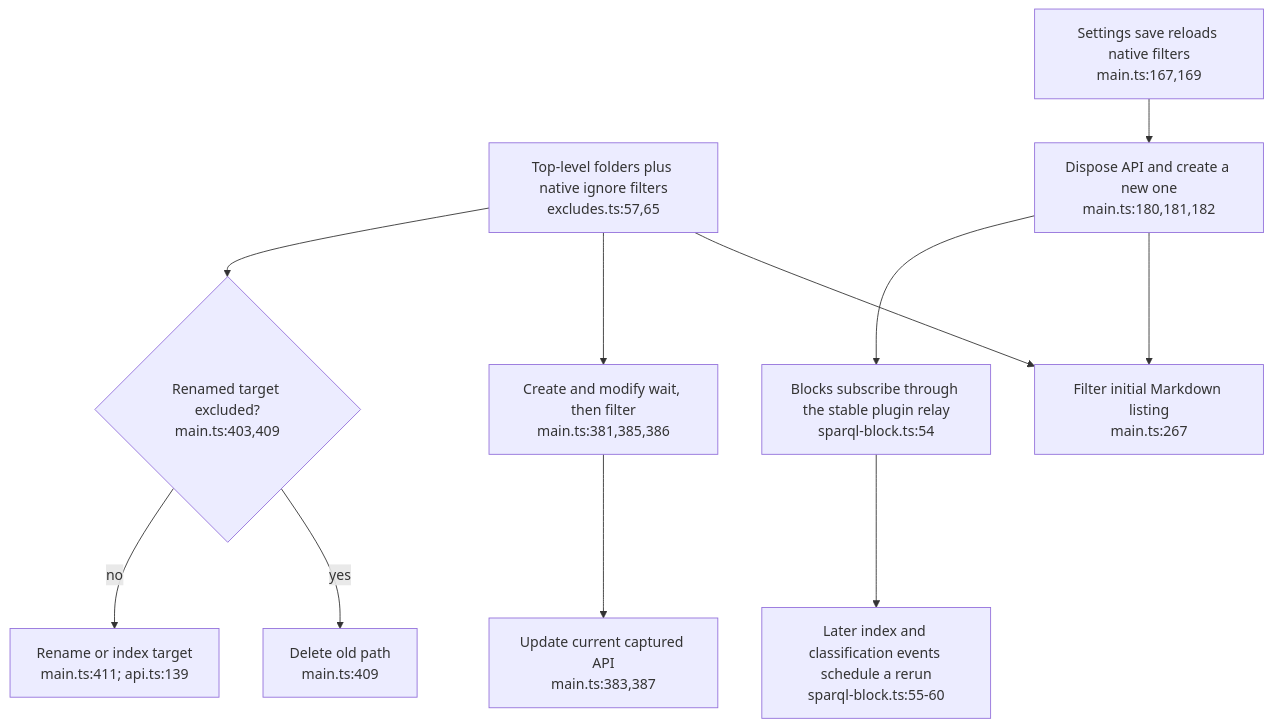
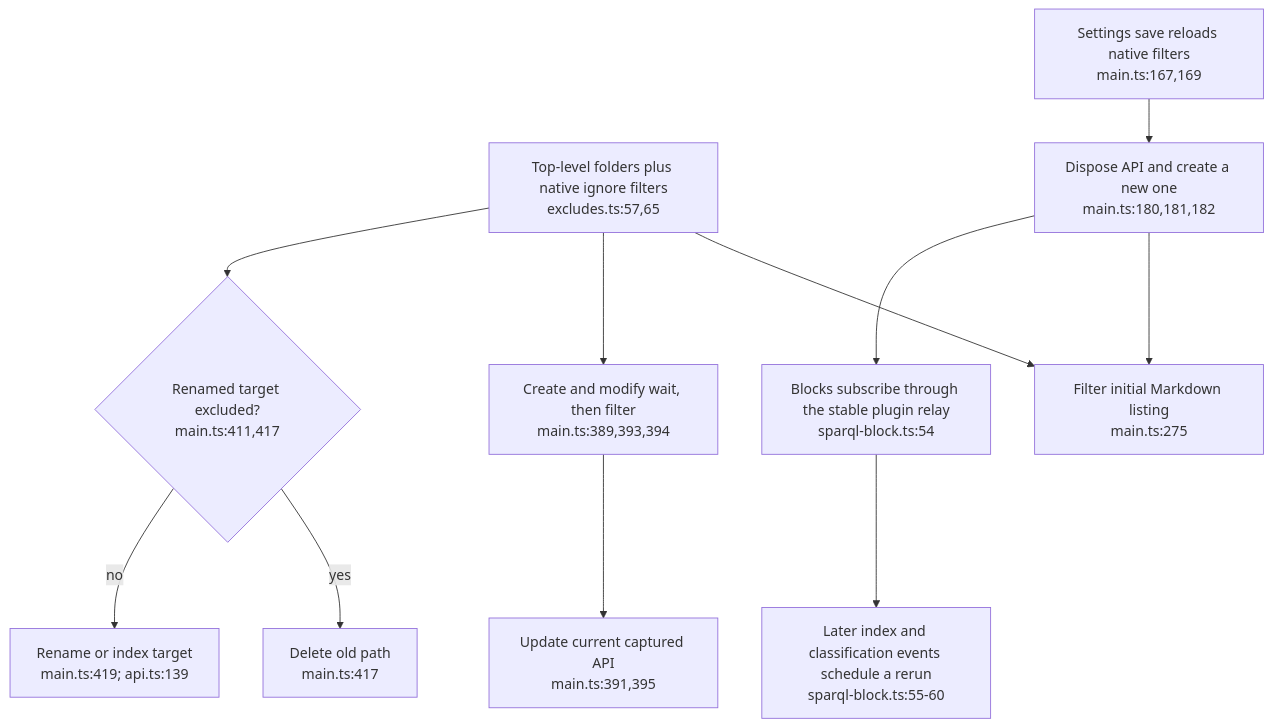
One commit to DreamLab-AI/VisionFlow changed the second of 4 diagrams in docs/diagrams/ontomark/09-obsidian-host-lifecycle.md. Above: the diagram before and after it, drawn with Mermaid. The commit also changed other lines of this file and 20 other files, not shown here.

First line of the commit message:
docs(diagrams): ontomark and ontomark-obsidian re-verified (graph 0.4.0, plugin 0.6.0)

````diff
--- a/docs/diagrams/ontomark/09-obsidian-host-lifecycle.md
+++ b/docs/diagrams/ontomark/09-obsidian-host-lifecycle.md
@@ -58,13 +58,13 @@
 ```mermaid
 flowchart TD
-    C["Top-level folders plus native ignore filters<br/>excludes.ts:57,65"] --> L["Filter initial Markdown listing<br/>main.ts:267"]
-    C --> E["Create and modify wait, then filter<br/>main.ts:381,385,386"]
-    E --> I["Update current captured API<br/>main.ts:383,387"]
-    C --> N{"Renamed target excluded?<br/>main.ts:403,409"}
-    N -->|yes| DEL["Delete old path<br/>main.ts:409"]
-    N -->|no| O["Rename or index target<br/>main.ts:411; api.ts:139"]
+    C["Top-level folders plus native ignore filters<br/>excludes.ts:57,65"] --> L["Filter initial Markdown listing<br/>main.ts:275"]
+    C --> E["Create and modify wait, then filter<br/>main.ts:389,393,394"]
+    E --> I["Update current captured API<br/>main.ts:391,395"]
+    C --> N{"Renamed target excluded?<br/>main.ts:411,417"}
+    N -->|yes| DEL["Delete old path<br/>main.ts:417"]
+    N -->|no| O["Rename or index target<br/>main.ts:419; api.ts:139"]
     S["Settings save reloads native filters<br/>main.ts:167,169"] --> RE["Dispose API and create a new one<br/>main.ts:180,181,182"]
     RE --> L
     RE --> Q["Blocks subscribe through the stable plugin relay<br/>sparql-block.ts:54"]
     Q --> FIX["Later index and classification events schedule a rerun<br/>sparql-block.ts:55-60"]
 ```
````
